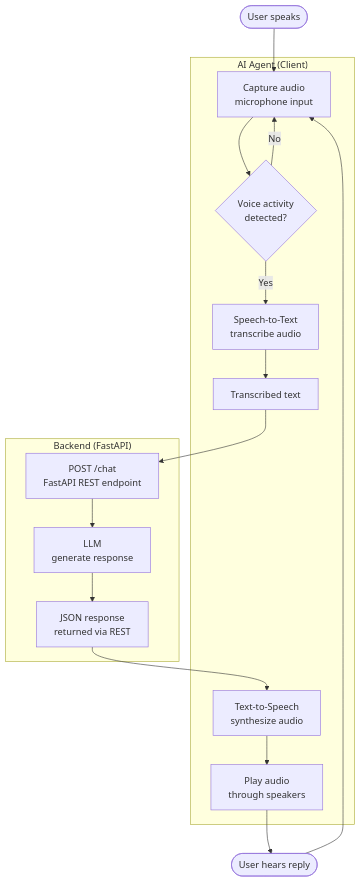
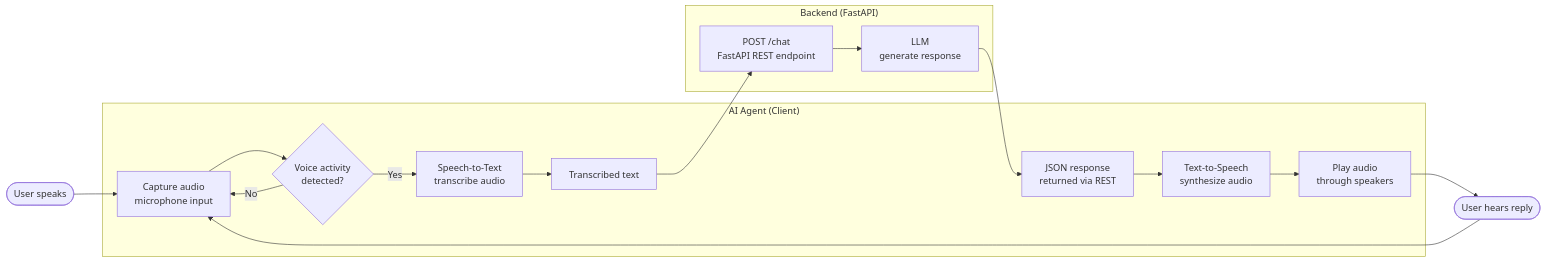
Before and after one commit to CREUZEDorian/intelligent-agent: the diagram in ai-agent-flow-detailed.md, drawn with Mermaid.

````diff
--- a/ai-agent-flow-detailed.md
+++ b/ai-agent-flow-detailed.md
@@ -1,30 +1,30 @@
 ```mermaid
-flowchart TD
+flowchart LR
     A([User speaks]) --> B[Capture audio<br/>microphone input]
     B --> C{Voice activity<br/>detected?}
     C -- No --> B
     C -- Yes --> D[Speech-to-Text<br/>transcribe audio]
     D --> E[Transcribed text]
     E --> F[POST /chat<br/>FastAPI REST endpoint]
     F --> G[LLM<br/>generate response]
     G --> H[JSON response<br/>returned via REST]
     H --> I[Text-to-Speech<br/>synthesize audio]
     I --> J[Play audio<br/>through speakers]
     J --> K([User hears reply])
     K --> B
 
     subgraph Client["AI Agent (Client)"]
         B
         C
         D
         E
+        H
         I
         J
     end
 
     subgraph Server["Backend (FastAPI)"]
         F
         G
-        H
     end
 ```
````
